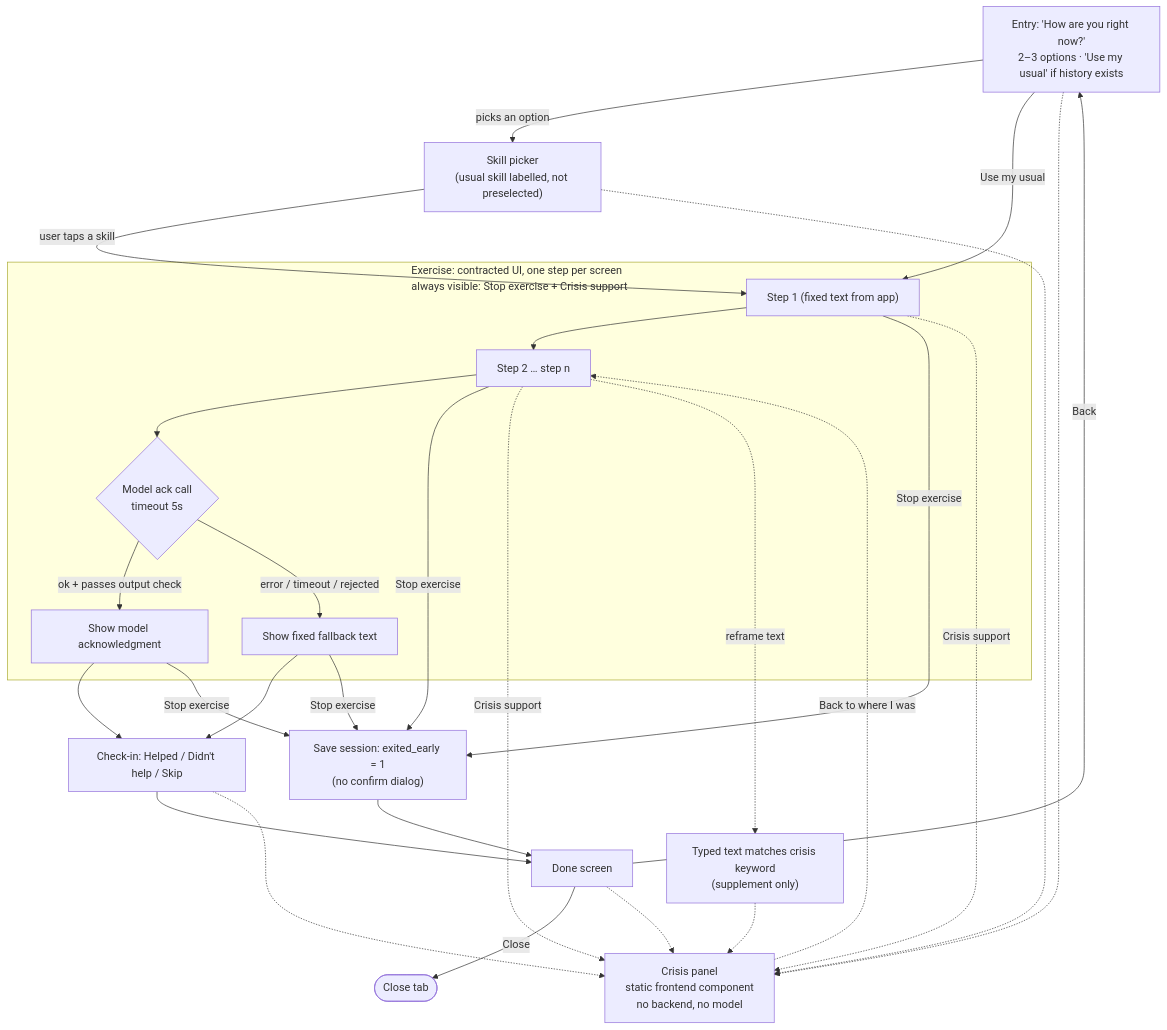
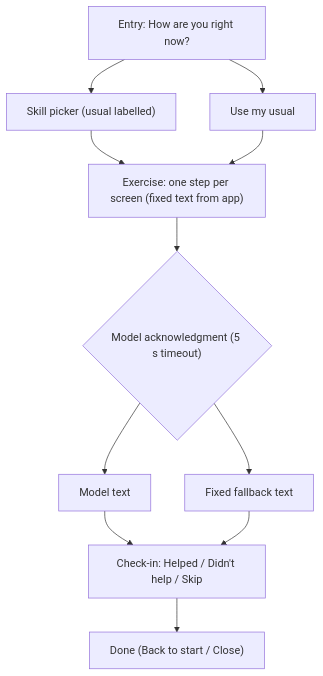
The diagram in docs/design.md (afukuda69/mental-health-skills-app), drawn with Mermaid before and after one commit.

Commit message:
Simplify flow diagram

````diff
--- a/docs/design.md
+++ b/docs/design.md
@@ -23,36 +23,14 @@
 ```mermaid
 flowchart TD
-    E["Entry: 'How are you right now?'<br/>2–3 options · 'Use my usual' if history exists"]
-    E -->|picks an option| P["Skill picker<br/>(usual skill labelled, not preselected)"]
-    E -->|Use my usual| S1
-    P -->|user taps a skill| S1
-
-    subgraph EX["Exercise: contracted UI, one step per screen<br/>always visible: Stop exercise + Crisis support"]
-        S1["Step 1 (fixed text from app)"] --> S2["Step 2 … step n"]
-        S2 --> ACK{"Model ack call<br/>timeout 5s"}
-        ACK -->|ok + passes output check| A1["Show model acknowledgment"]
-        ACK -->|error / timeout / rejected| A2["Show fixed fallback text"]
-    end
-
-    A1 --> C["Check-in: Helped / Didn't help / Skip"]
-    A2 --> C
-    C --> D["Done screen"]
-    D -->|Back| E
-    D -->|Close| X(["Close tab"])
-
-    S1 -->|Stop exercise| SE["Save session: exited_early = 1<br/>(no confirm dialog)"]
-    S2 -->|Stop exercise| SE
-    A1 -->|Stop exercise| SE
-    A2 -->|Stop exercise| SE
-    SE --> D
-
-    S1 -.->|Crisis support| CR["Crisis panel<br/>static frontend component<br/>no backend, no model"]
-    S2 -.->|Crisis support| CR
-    E -.-> CR
-    P -.-> CR
-    C -.-> CR
-    D -.-> CR
-    KW["Typed text matches crisis keyword<br/>(supplement only)"] -.-> CR
-    S2 -.->|reframe text| KW
-    CR -.->|Back to where I was| S2
+    E["Entry: How are you right now?"]
+    E --> P["Skill picker (usual labelled)"]
+    E --> U["Use my usual"]
+    P --> X["Exercise: one step per screen (fixed text from app)"]
+    U --> X
+    X --> M{"Model acknowledgment (5 s timeout)"}
+    M --> MT["Model text"]
+    M --> FB["Fixed fallback text"]
+    MT --> C["Check-in: Helped / Didn't help / Skip"]
+    FB --> C
+    C --> D["Done (Back to start / Close)"]
 ```
````
